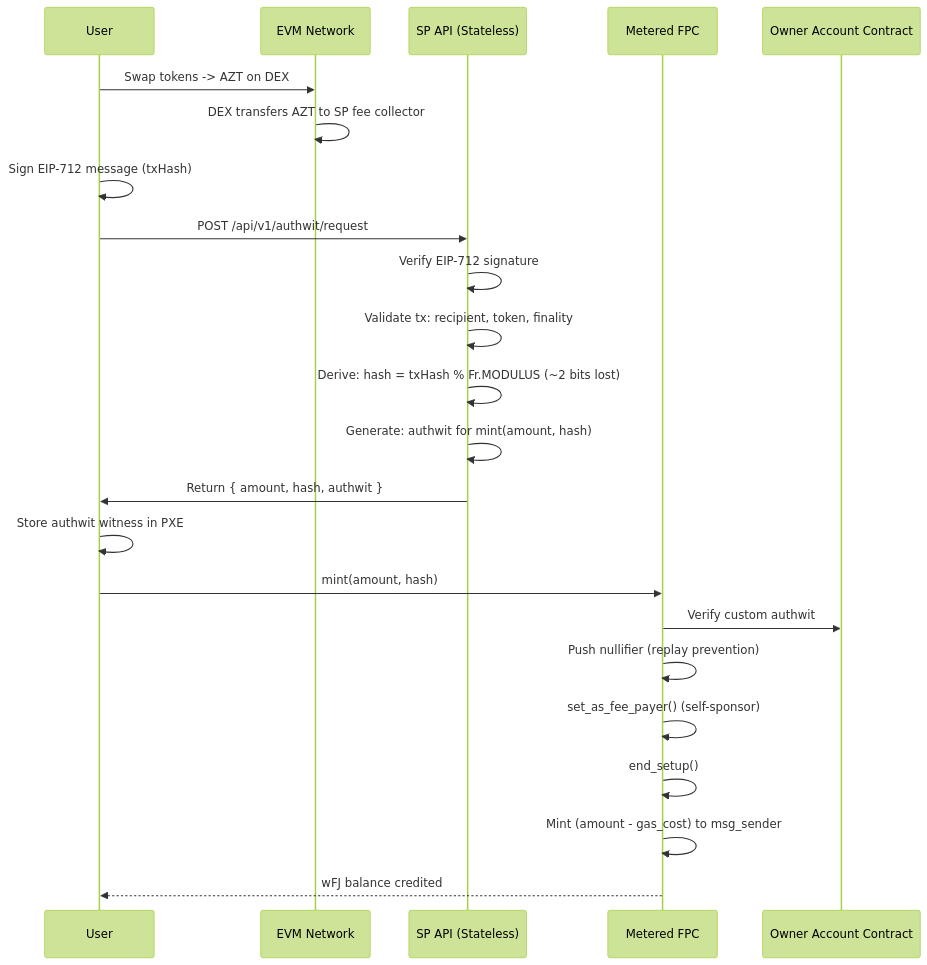
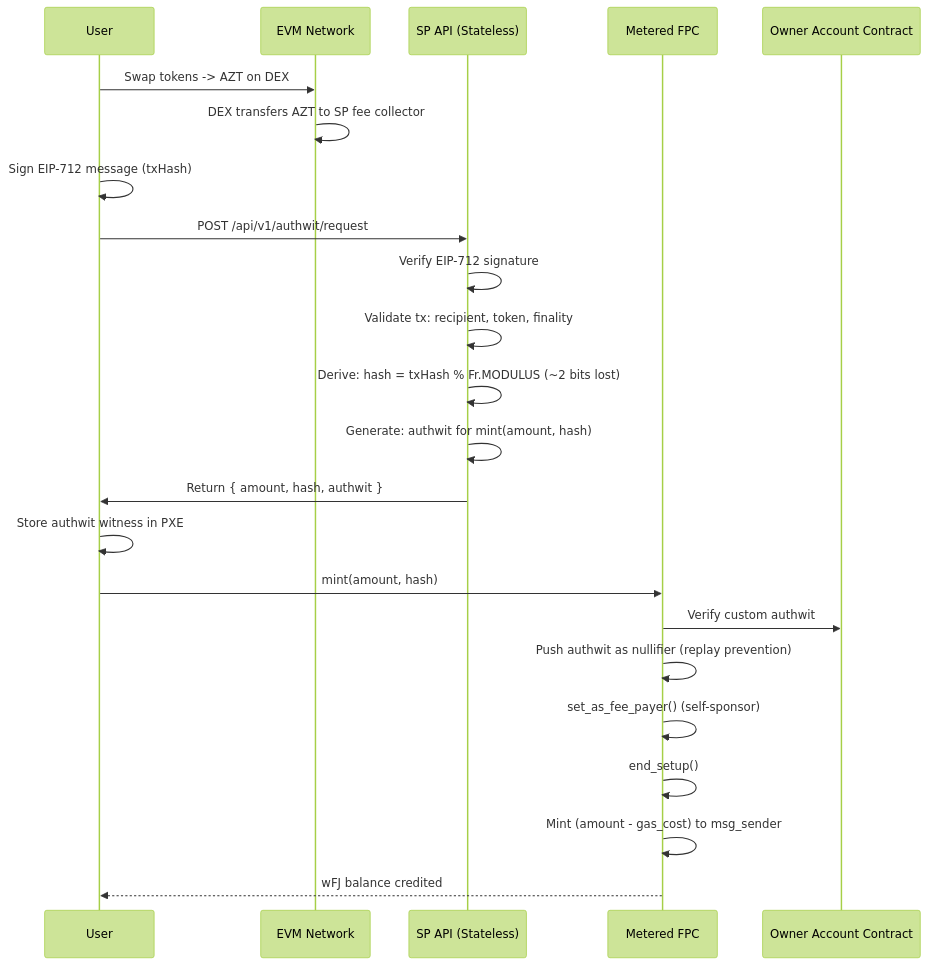
Before and after one commit to defi-wonderland/aztec-fee-payment: the third of 3 diagrams in docs/Fee Payment Contract (FPC) — Product Requirements.md, drawn with Mermaid (forest theme). The commit also changed other lines of this file, not shown here.

Commit message:
docs: update nullifier explanaition

````diff
--- a/docs/Fee Payment Contract (FPC) — Product Requirements.md
+++ b/docs/Fee Payment Contract (FPC) — Product Requirements.md
@@ -518,28 +518,28 @@
 ```mermaid
 sequenceDiagram
     participant User
     participant EVM as EVM Network
     participant API as SP API (Stateless)
     participant FPC as Metered FPC
     participant OAC as Owner Account Contract
 
     User->>EVM: Swap tokens -> AZT on DEX
     EVM->>EVM: DEX transfers AZT to SP fee collector
     User->>User: Sign EIP-712 message (txHash)
     User->>API: POST /api/v1/authwit/request
 
     API->>API: Verify EIP-712 signature
     API->>API: Validate tx: recipient, token, finality
     API->>API: Derive: hash = txHash % Fr.MODULUS (~2 bits lost)
     API->>API: Generate: authwit for mint(amount, hash)
     API->>User: Return { amount, hash, authwit }
 
     User->>User: Store authwit witness in PXE
     User->>FPC: mint(amount, hash)
     FPC->>OAC: Verify custom authwit
-    FPC->>FPC: Push nullifier (replay prevention)
+    FPC->>FPC: Push authwit as nullifier (replay prevention)
     FPC->>FPC: set_as_fee_payer() (self-sponsor)
     FPC->>FPC: end_setup()
     FPC->>FPC: Mint (amount - gas_cost) to msg_sender
     FPC-->>User: wFJ balance credited
 ```
````
